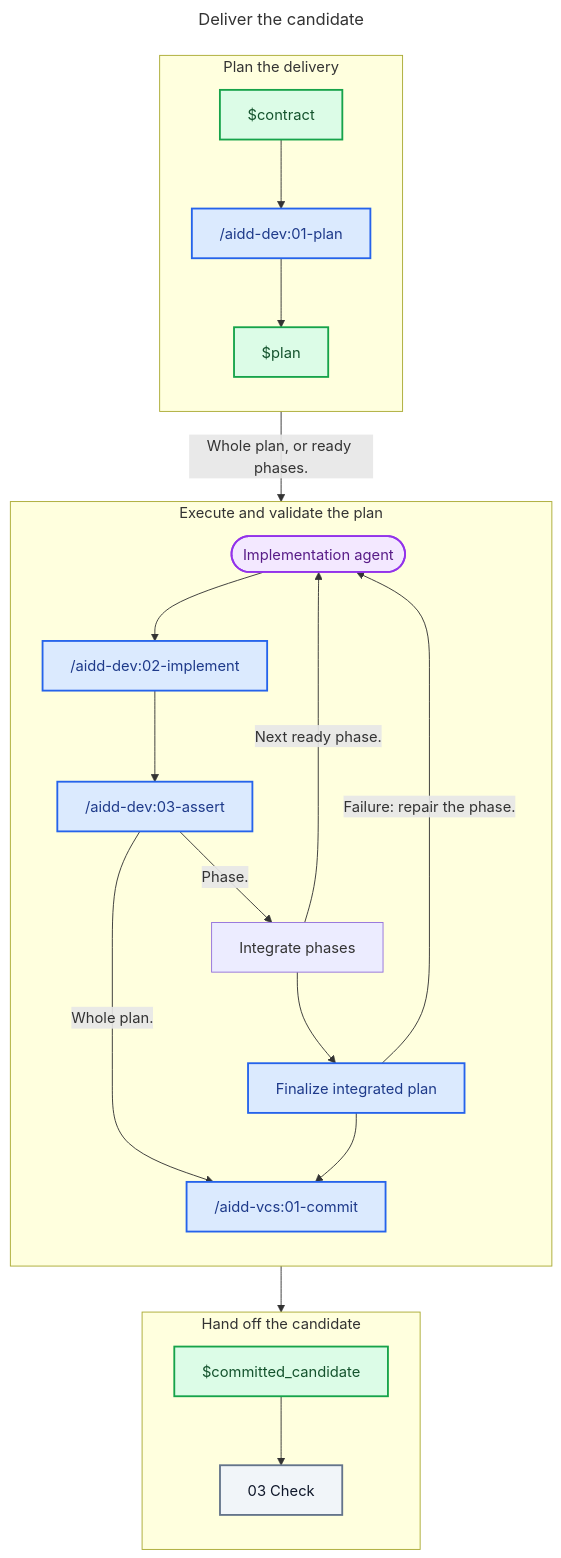
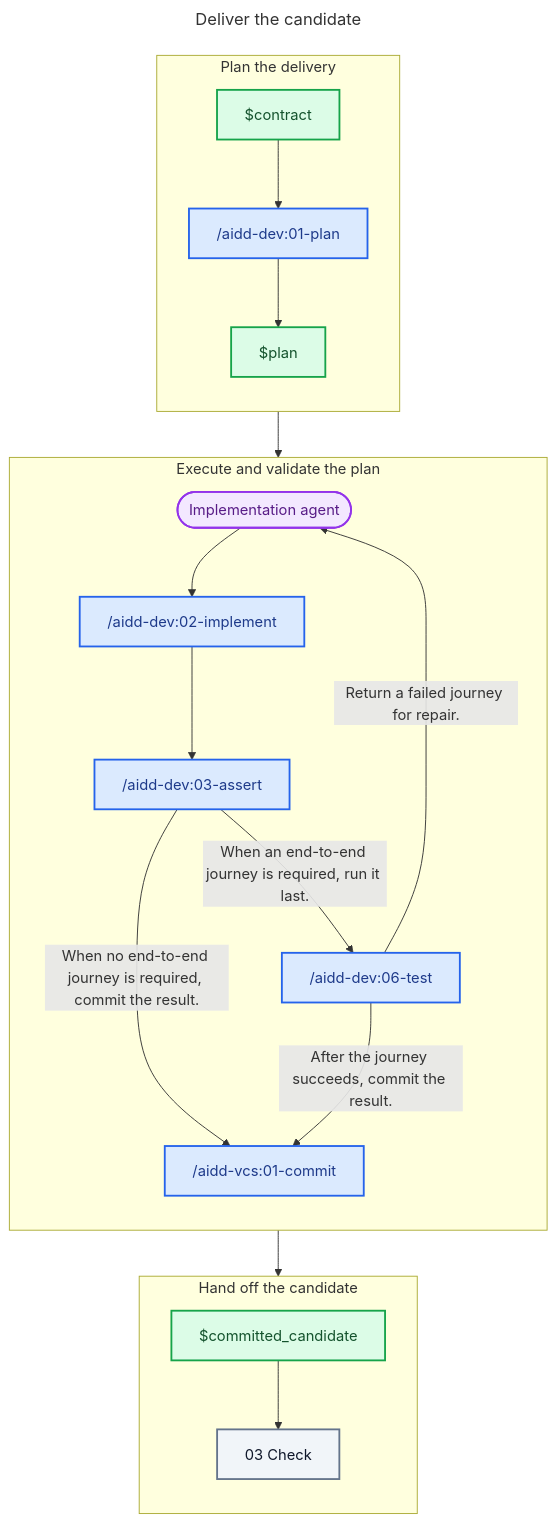
One commit to ai-driven-dev/framework changed the diagram in plugins/aidd-orchestrator/skills/01-sdlc/references/02-deliver.md. Above: the diagram before and after it, drawn with Mermaid. The commit also changed other lines of this file and 74 other files, not shown here.

````diff
--- a/plugins/aidd-orchestrator/skills/01-sdlc/references/02-deliver.md
+++ b/plugins/aidd-orchestrator/skills/01-sdlc/references/02-deliver.md
@@ -11,52 +9,49 @@
 ```mermaid
 ---
 title: Deliver the candidate
 ---
 flowchart TD
   subgraph PlanStage["Plan the delivery"]
     direction TB
     Contract["$contract"]
     Plan["/aidd-dev:01-plan"]
     PlanArtifact["$plan"]
   end
 
   subgraph ExecuteStage["Execute and validate the plan"]
     direction TB
     Executor(["Implementation agent"])
     Implement["/aidd-dev:02-implement"]
     Assert["/aidd-dev:03-assert"]
-    Integrate["Integrate phases"]
-    Finalize["Finalize integrated plan"]
+    Test["/aidd-dev:06-test"]
     Commit["/aidd-vcs:01-commit"]
   end
 
   subgraph HandoffStage["Hand off the candidate"]
     direction TB
     CommittedCandidate["$committed_candidate"]
     Check["03 Check"]
   end
 
   Contract --> Plan
   Plan --> PlanArtifact
-  PlanArtifact -- "Whole plan, or ready phases." --> Executor
+  PlanArtifact --> Executor
   Executor --> Implement
   Implement --> Assert
-  Assert -- "Whole plan." --> Commit
-  Assert -- "Phase." --> Integrate
-  Integrate -- "Next ready phase." --> Executor
-  Integrate --> Finalize
-  Finalize -- "Failure: repair the phase." --> Executor
-  Finalize --> Commit
+  Assert -- "When no end-to-end journey is required, commit the result." --> Commit
+  Assert -- "When an end-to-end journey is required, run it last." --> Test
+  Test -- "After the journey succeeds, commit the result." --> Commit
+  Test -- "Return a failed journey for repair." --> Executor
   Commit --> CommittedCandidate
   CommittedCandidate --> Check
 
   classDef skill fill:#DBEAFE,stroke:#2563EB,color:#1E3A8A,stroke-width:2px
   classDef agent fill:#F3E8FF,stroke:#9333EA,color:#581C87,stroke-width:2px
   classDef artifact fill:#DCFCE7,stroke:#16A34A,color:#14532D,stroke-width:2px
   classDef zone fill:#F1F5F9,stroke:#64748B,color:#0F172A,stroke-width:2px
 
-  class Plan,Implement,Assert,Finalize,Commit skill
+  class Plan,Implement,Assert,Test,Commit skill
   class Executor agent
   class Contract,PlanArtifact,CommittedCandidate artifact
   class Check zone
 ```
````
